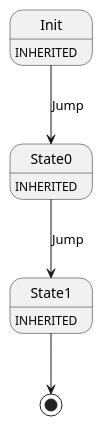
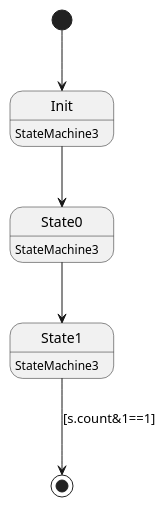
One commit to insolar/assured-ledger changed the diagram in ledger-core/conveyor/smachine/main/example/example_3.plantuml. Above: the diagram before and after it, drawn with PlantUML. The commit also changed 15 other files, not shown here.

Commit message:
Updated UML

```diff
--- a/ledger-core/conveyor/smachine/main/example/example_3.plantuml
+++ b/ledger-core/conveyor/smachine/main/example/example_3.plantuml
@@ -1,8 +1,12 @@
 @startuml
-Init : INHERITED
-Init --> State0 : Jump
-State0 : INHERITED
-State0 --> State1 : Jump
-State1 : INHERITED
-State1 --> [*]
+state "Init" as T00_S001
+T00_S001 : StateMachine3
+[*] --> T00_S001
+T00_S001 --> T00_S002
+state "State0" as T00_S002
+T00_S002 : StateMachine3
+T00_S002 --> T00_S003
+state "State1" as T00_S003
+T00_S003 : StateMachine3
+T00_S003 -->[*] : [s.count&1==1]\n
 @enduml
```
